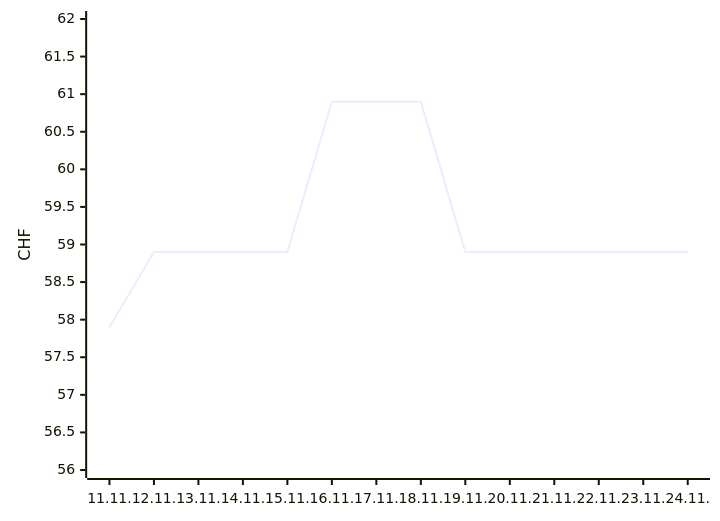
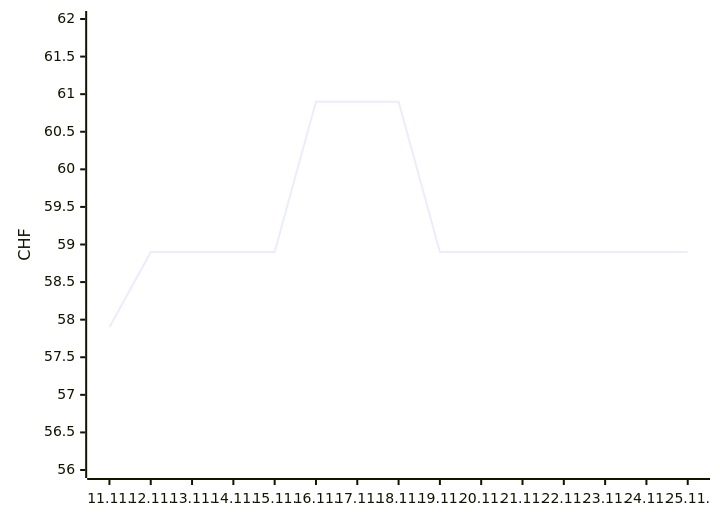
One commit to Akira2828/my-Galaxus-MCP changed the second of 2 diagrams in README.md. Above: the diagram before and after it, drawn with Mermaid. The commit also changed other lines of this file and 1 other file, not shown here.

````diff
--- a/README.md
+++ b/README.md
@@ -25,6 +25,6 @@
 ```mermaid
 xychart-beta
-  x-axis ["11.11.", "12.11.", "13.11.", "14.11.", "15.11.", "16.11.", "17.11.", "18.11.", "19.11.", "20.11.", "21.11.", "22.11.", "23.11.", "24.11."]
+  x-axis ["11.11.", "12.11.", "13.11.", "14.11.", "15.11.", "16.11.", "17.11.", "18.11.", "19.11.", "20.11.", "21.11.", "22.11.", "23.11.", "24.11.", "25.11."]
   y-axis "CHF" 56 --> 62
-  line [57.9, 58.9, 58.9, 58.9, 58.9, 60.9, 60.9, 60.9, 58.9, 58.9, 58.9, 58.9, 58.9, 58.9]
+  line [57.9, 58.9, 58.9, 58.9, 58.9, 60.9, 60.9, 60.9, 58.9, 58.9, 58.9, 58.9, 58.9, 58.9, 58.9]
 ```
````
